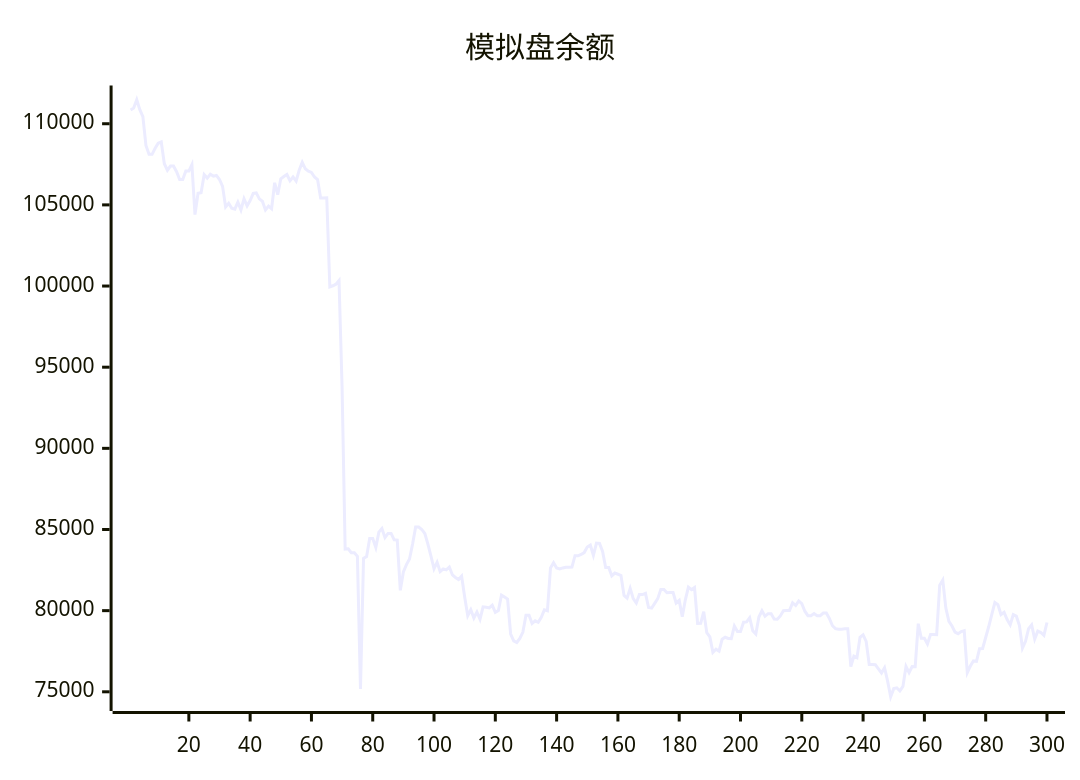
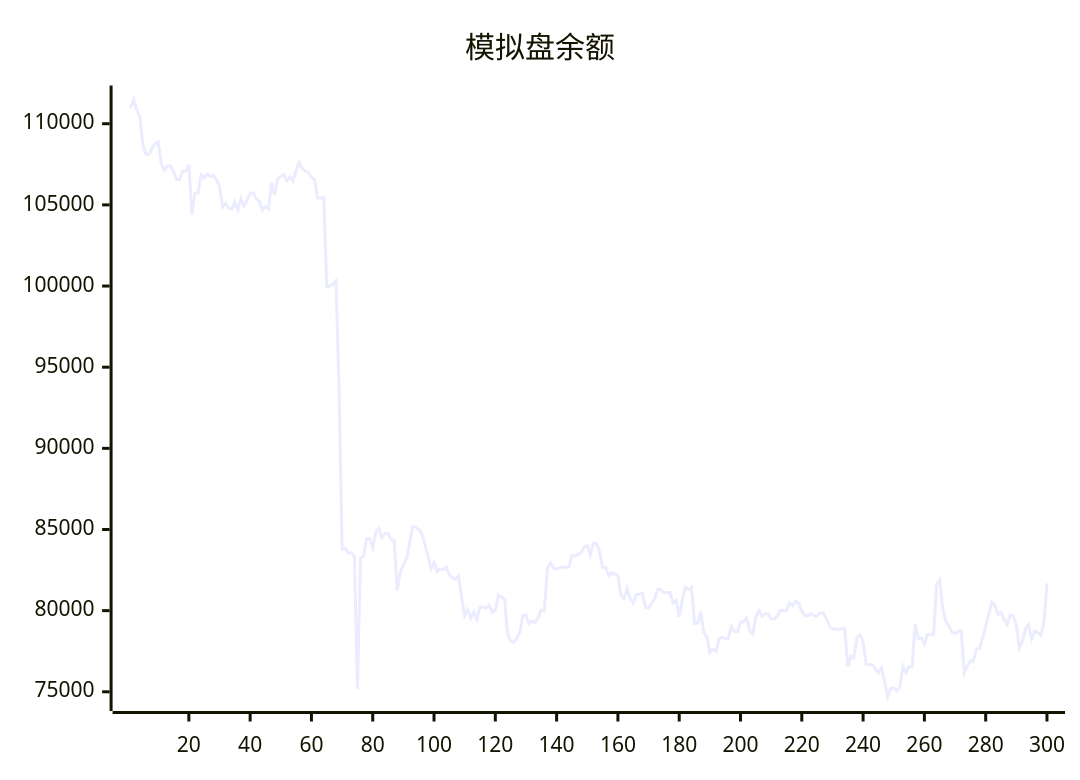
One commit to aahl/ai-trading changed the diagram in README.md. Above: the diagram before and after it, drawn with Mermaid. The commit also changed other lines of this file and 1 other file, not shown here.

````diff
--- a/README.md
+++ b/README.md
@@ -5,5 +5,5 @@
 ```mermaid
 xychart
     title "模拟盘余额"
-    line [110847,110968,111478,110870,110433,108661,108116,108115,108485,108797,108877,107536,107134,107393,107393,107046,106565,106565,107081,107081,107478,104404,105715,105749,106866,106651,106889,106771,106816,106565,106141,104876,105103,104796,104734,105169,104690,105380,104941,105272,105709,105739,105374,105227,104691,104924,104762,106364,105628,106608,106748,106872,106485,106721,106468,107132,107620,107224,107080,107001,106717,106567,105431,105431,105440,99950,100017,100113,100337,93749,83795,83807,83567,83567,83342,75168,83222,83336,84448,84449,83896,84839,85065,84499,84757,84757,84364,84347,81254,82385,82835,83184,84099,85150,85150,85002,84751,84096,83356,82582,82983,82404,82572,82512,82688,82200,82047,81920,82125,80840,79688,80060,79552,79920,79470,80236,80208,80170,80336,79894,80006,80954,80837,80712,78561,78139,78037,78293,78682,79720,79720,79214,79372,79279,79591,80046,79993,82625,82950,82626,82571,82633,82670,82670,82681,83386,83378,83464,83579,83920,84037,83402,84160,84142,83652,82655,82655,82145,82315,82243,82163,80934,80770,81371,80742,80468,80989,80989,81067,80191,80155,80450,80737,81309,81309,81106,81119,81119,80471,80631,79624,80670,81448,81290,81429,79212,79222,79940,78643,78380,77432,77623,77504,78235,78358,78284,78277,79048,78714,78714,79290,79308,79567,78763,78563,79603,79988,79652,79813,79813,79476,79469,79673,79995,80015,80015,80486,80314,80600,80436,79966,79689,79689,79819,79692,79692,79850,79850,79518,79071,78889,78850,78850,78878,78878,76554,77202,77103,78357,78510,78106,76678,76677,76672,76411,76159,76485,75656,74695,75197,75246,75052,75334,76564,76179,76553,76551,79196,78300,78300,77944,78531,78531,78521,81564,81884,80160,79335,79055,78675,78580,78708,78764,76179,76586,76902,76876,77658,77669,78346,79023,79769,80497,80366,79761,79896,79448,79126,79749,79658,79097,77695,78114,78888,79126,78249,78738,78653,78478,79271]
+    line [110968,111478,110870,110433,108661,108116,108115,108485,108797,108877,107536,107134,107393,107393,107046,106565,106565,107081,107081,107478,104404,105715,105749,106866,106651,106889,106771,106816,106565,106141,104876,105103,104796,104734,105169,104690,105380,104941,105272,105709,105739,105374,105227,104691,104924,104762,106364,105628,106608,106748,106872,106485,106721,106468,107132,107620,107224,107080,107001,106717,106567,105431,105431,105440,99950,100017,100113,100337,93749,83795,83807,83567,83567,83342,75168,83222,83336,84448,84449,83896,84839,85065,84499,84757,84757,84364,84347,81254,82385,82835,83184,84099,85150,85150,85002,84751,84096,83356,82582,82983,82404,82572,82512,82688,82200,82047,81920,82125,80840,79688,80060,79552,79920,79470,80236,80208,80170,80336,79894,80006,80954,80837,80712,78561,78139,78037,78293,78682,79720,79720,79214,79372,79279,79591,80046,79993,82625,82950,82626,82571,82633,82670,82670,82681,83386,83378,83464,83579,83920,84037,83402,84160,84142,83652,82655,82655,82145,82315,82243,82163,80934,80770,81371,80742,80468,80989,80989,81067,80191,80155,80450,80737,81309,81309,81106,81119,81119,80471,80631,79624,80670,81448,81290,81429,79212,79222,79940,78643,78380,77432,77623,77504,78235,78358,78284,78277,79048,78714,78714,79290,79308,79567,78763,78563,79603,79988,79652,79813,79813,79476,79469,79673,79995,80015,80015,80486,80314,80600,80436,79966,79689,79689,79819,79692,79692,79850,79850,79518,79071,78889,78850,78850,78878,78878,76554,77202,77103,78357,78510,78106,76678,76677,76672,76411,76159,76485,75656,74695,75197,75246,75052,75334,76564,76179,76553,76551,79196,78300,78300,77944,78531,78531,78521,81564,81884,80160,79335,79055,78675,78580,78708,78764,76179,76586,76902,76876,77658,77669,78346,79023,79769,80497,80366,79761,79896,79448,79126,79749,79658,79097,77695,78114,78888,79126,78249,78738,78653,78478,79271,81680]
 ```
````
